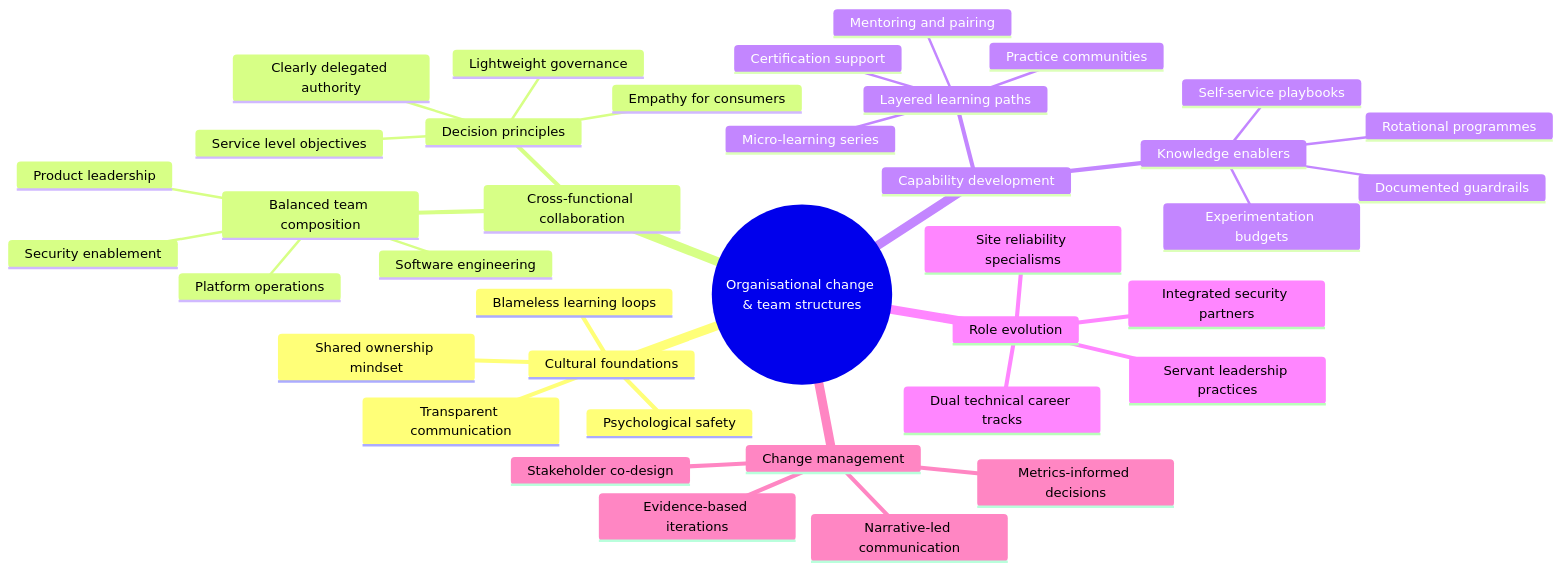
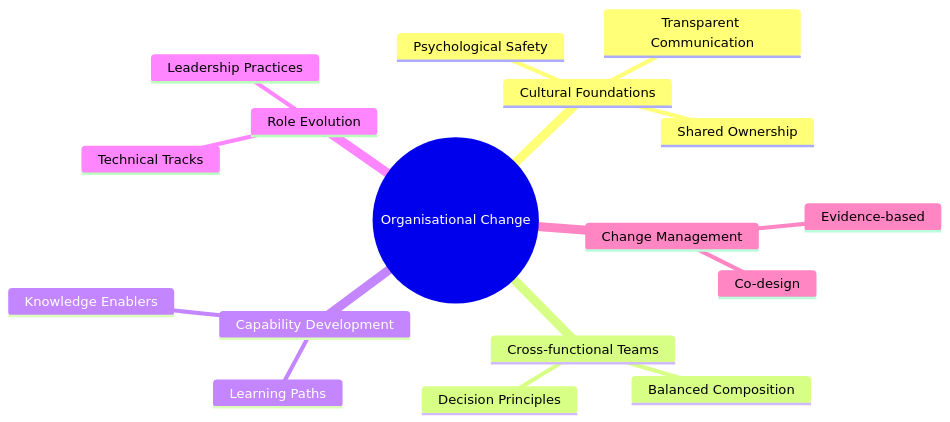
Before and after one commit to Geonitab/architecture_as_code: the diagram in docs/images/mindmap_17_organization.mmd, drawn with Mermaid. The commit also changed 15 other files, not shown here.

First line of the commit message:
Enhance Gantt chart styling with Kvadrat brand consistency (#1506)

```diff
--- a/docs/images/mindmap_17_organization.mmd
+++ b/docs/images/mindmap_17_organization.mmd
@@ -1,39 +1,18 @@
 mindmap
-  root((Organisational change & team structures))
-    Cultural foundations
-      Psychological safety
-      Shared ownership mindset
-      Transparent communication
-      Blameless learning loops
-    Cross-functional collaboration
-      Balanced team composition
-        Software engineering
-        Platform operations
-        Security enablement
-        Product leadership
-      Decision principles
-        Clearly delegated authority
-        Lightweight governance
-        Service level objectives
-        Empathy for consumers
-    Capability development
-      Layered learning paths
-        Micro-learning series
-        Mentoring and pairing
-        Practice communities
-        Certification support
-      Knowledge enablers
-        Self-service playbooks
-        Experimentation budgets
-        Rotational programmes
-        Documented guardrails
-    Role evolution
-      Servant leadership practices
-      Dual technical career tracks
-      Integrated security partners
-      Site reliability specialisms
-    Change management
-      Stakeholder co-design
-      Narrative-led communication
-      Evidence-based iterations
-      Metrics-informed decisions
+  root((Organisational Change))
+    Cultural Foundations
+      Psychological Safety
+      Shared Ownership
+      Transparent Communication
+    Cross-functional Teams
+      Balanced Composition
+      Decision Principles
+    Capability Development
+      Learning Paths
+      Knowledge Enablers
+    Role Evolution
+      Leadership Practices
+      Technical Tracks
+    Change Management
+      Co-design
+      Evidence-based
```
